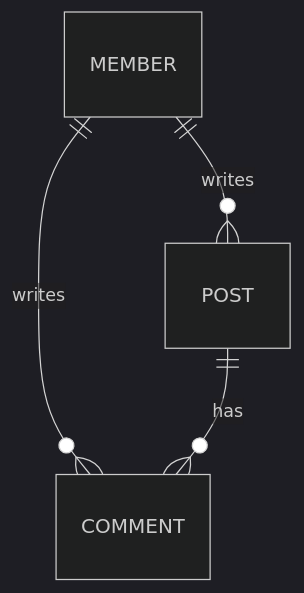
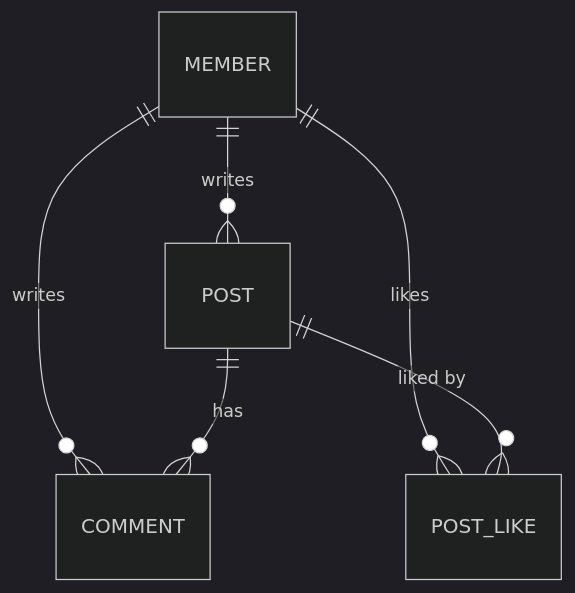
The second of 2 diagrams in README.md (ochanhyeok/spring-crud-api), drawn with Mermaid (dark theme) before and after one commit. The commit also changed other lines of this file, not shown here.

Commit message:
docs: add post like to readme and update roadmap

````diff
--- a/README.md
+++ b/README.md
@@ -45,6 +46,8 @@
 ```mermaid
 erDiagram
     MEMBER ||--o{ POST : writes
     MEMBER ||--o{ COMMENT : writes
     POST ||--o{ COMMENT : has
+    MEMBER ||--o{ POST_LIKE : likes
+    POST ||--o{ POST_LIKE : "liked by"
 ```
````
